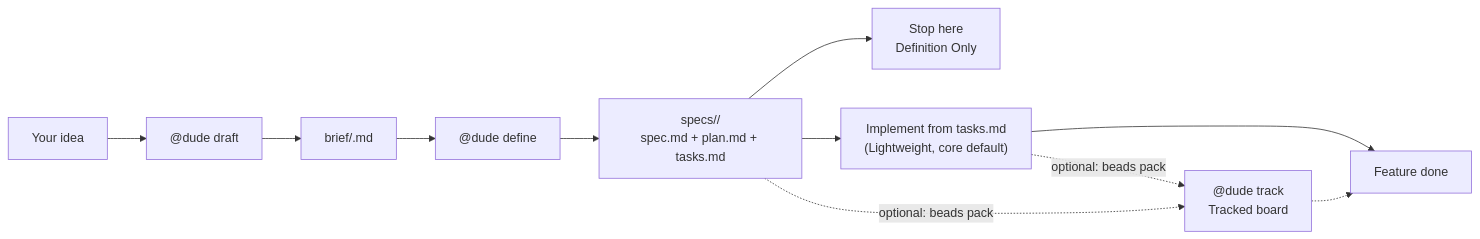
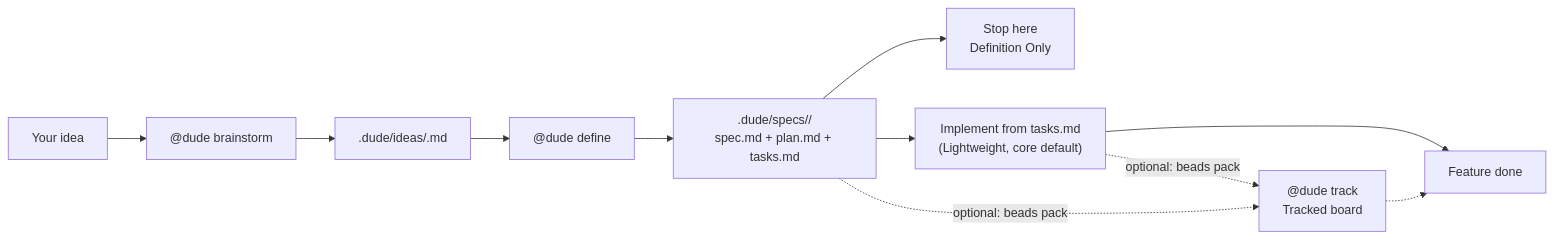
The diagram in README.md (E-G-C/dude), drawn with Mermaid before and after one commit. The commit also changed other lines of this file and 216 other files, not shown here.

````diff
--- a/README.md
+++ b/README.md
@@ -21,13 +23,13 @@
 ```mermaid
 flowchart LR
-  IDEA["Your idea"] --> DRAFT["@dude draft"]
-  DRAFT --> BRAIN["brief/<feature>.md"]
-  BRAIN --> DEFINE["@dude define"]
-  DEFINE --> PACKAGE["specs/<feature>/\nspec.md + plan.md + tasks.md"]
+  INPUT["Your idea"] --> BRAINSTORM["@dude brainstorm"]
+  BRAINSTORM --> IDEA[".dude/ideas/<slug>.md"]
+  IDEA --> DEFINE["@dude define <slug>"]
+  DEFINE --> PACKAGE[".dude/specs/<feature>/\nspec.md + plan.md + tasks.md"]
   PACKAGE --> STOP["Stop here\nDefinition Only"]
   PACKAGE --> TASKS["Implement from tasks.md\n(Lightweight, core default)"]
   TASKS --> DONE["Feature done"]
   PACKAGE -.->|optional: beads pack| TRACK["@dude track\nTracked board"]
   TASKS -.->|optional: beads pack| TRACK
   TRACK -.-> DONE
 ```
````
